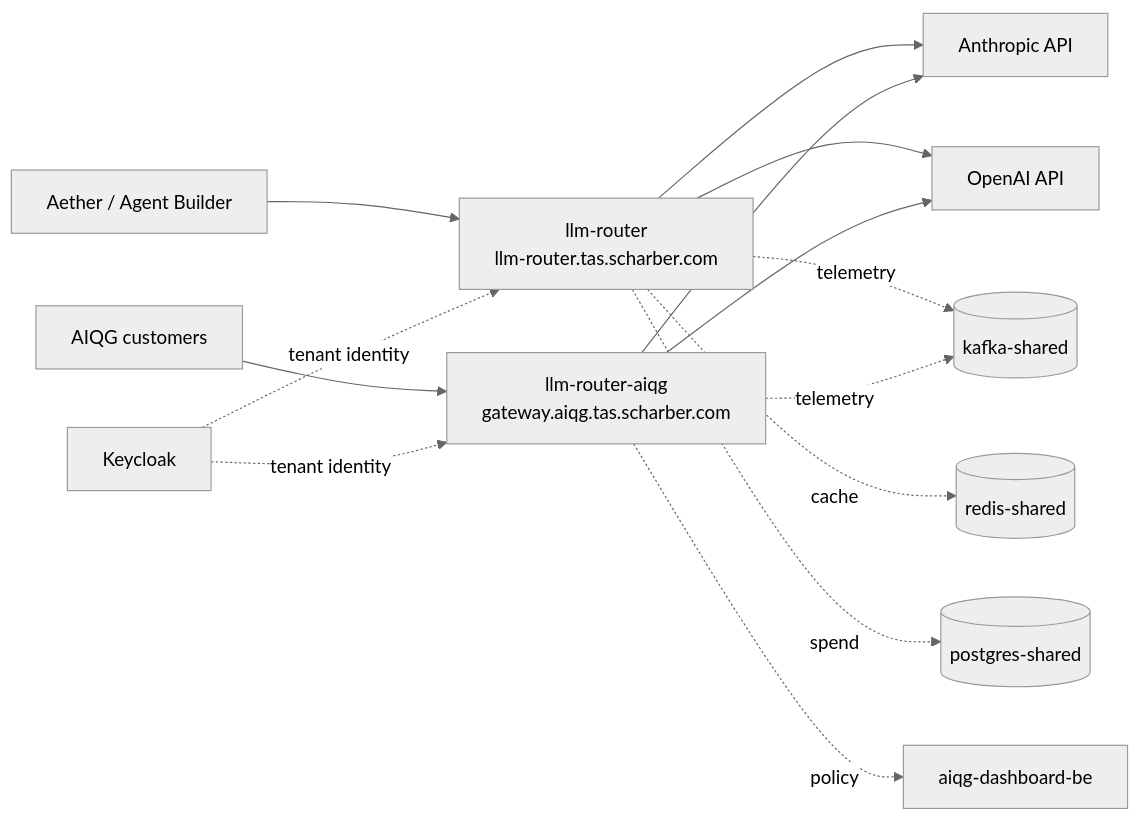
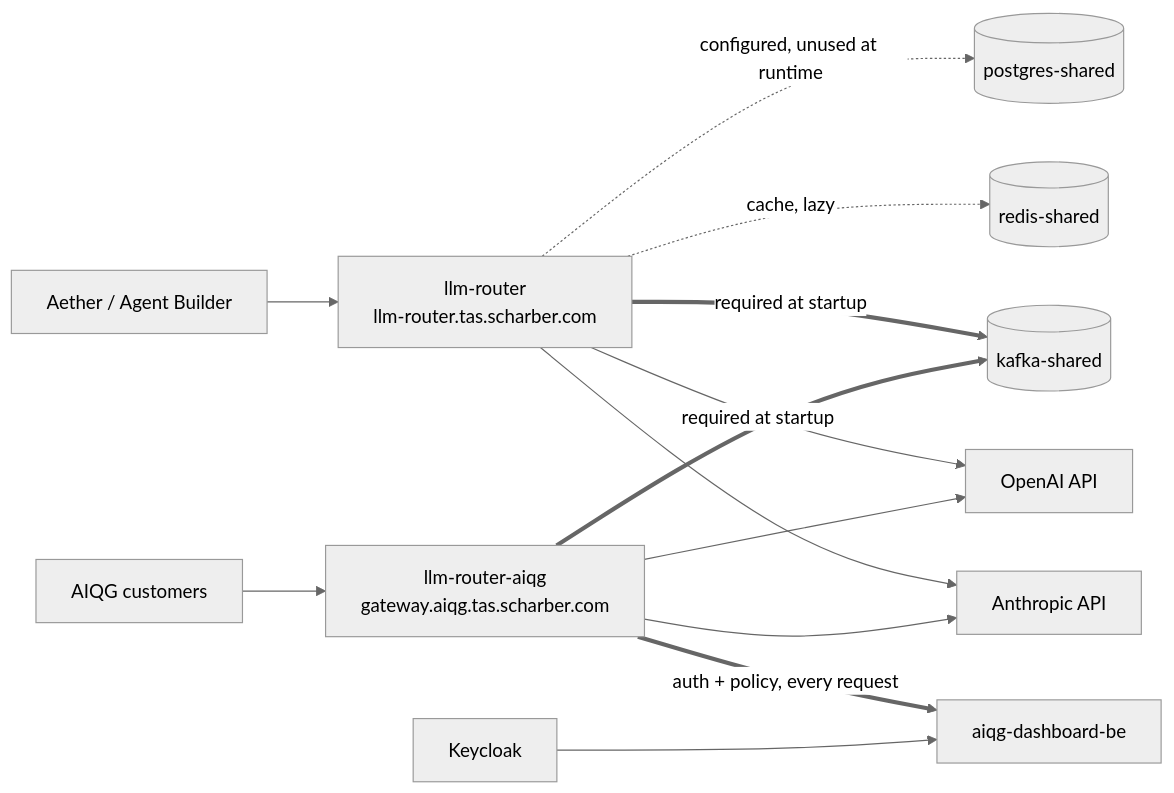
Before and after one commit to Tributary-ai-services/tas-llm-router: the diagram in docs/ops/llm-router.md, drawn with Mermaid (neutral theme). The commit also changed other lines of this file, not shown here.

````diff
--- a/docs/ops/llm-router.md
+++ b/docs/ops/llm-router.md
@@ -67,16 +67,15 @@
 ```mermaid
 flowchart LR
   aether[Aether / Agent Builder] --> lr[llm-router<br/>llm-router.tas.scharber.com]
   gw[AIQG customers] --> aiqg[llm-router-aiqg<br/>gateway.aiqg.tas.scharber.com]
   lr --> anth[Anthropic API]
   lr --> oai[OpenAI API]
   aiqg --> anth
   aiqg --> oai
-  lr -.telemetry.-> kafka[(kafka-shared)]
-  aiqg -.telemetry.-> kafka
-  aiqg -.policy.-> dash[aiqg-dashboard-be]
-  lr -.cache.-> redis[(redis-shared)]
-  lr -.spend.-> pg[(postgres-shared)]
-  keycloak[Keycloak] -.tenant identity.-> lr
-  keycloak -.tenant identity.-> aiqg
+  lr ==required at startup==> kafka[(kafka-shared)]
+  aiqg ==required at startup==> kafka
+  aiqg ==auth + policy, every request==> dash[aiqg-dashboard-be]
+  lr -.cache, lazy.-> redis[(redis-shared)]
+  lr -.configured, unused at runtime.-> pg[(postgres-shared)]
+  keycloak[Keycloak] --> dash
 ```
````
